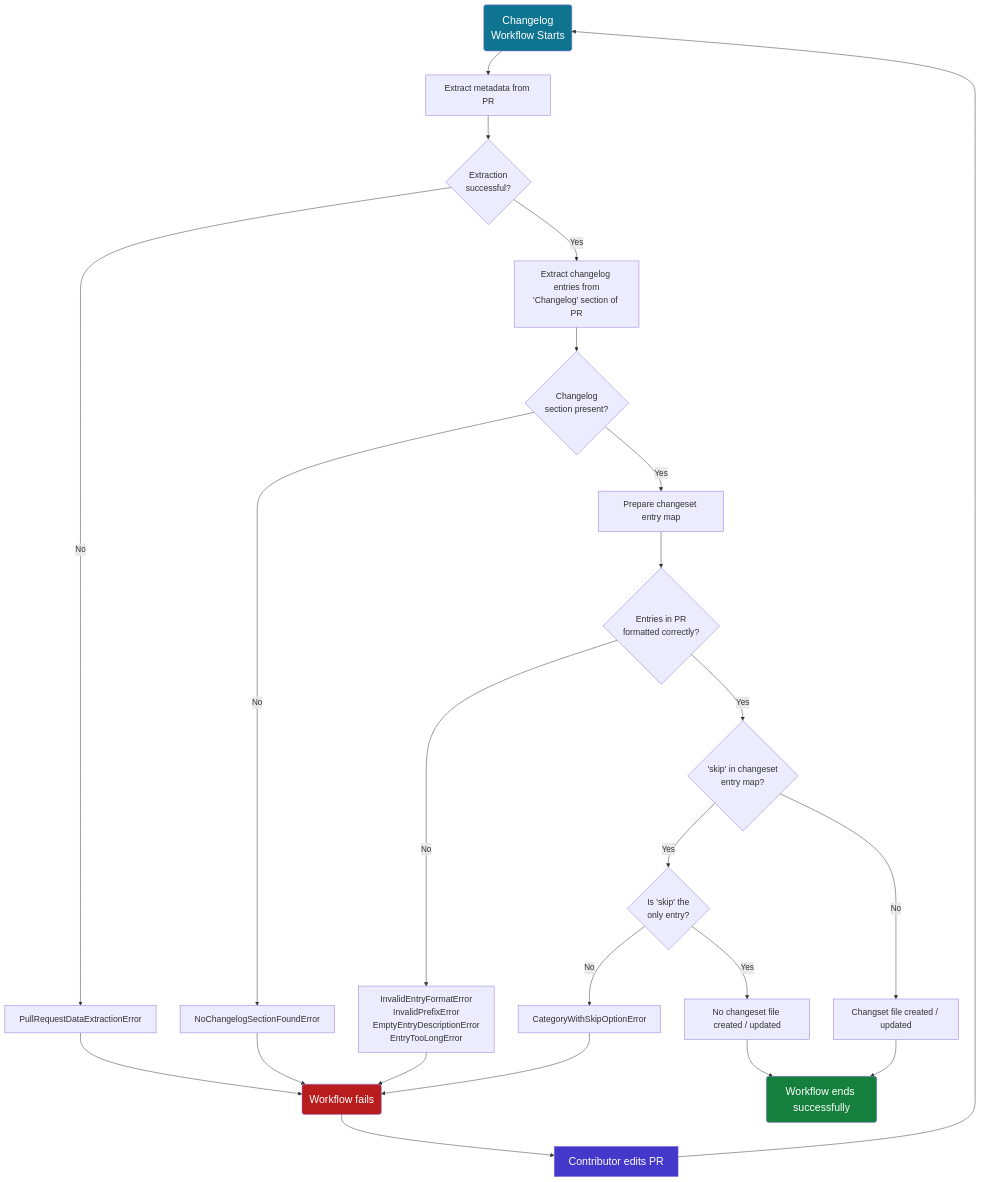
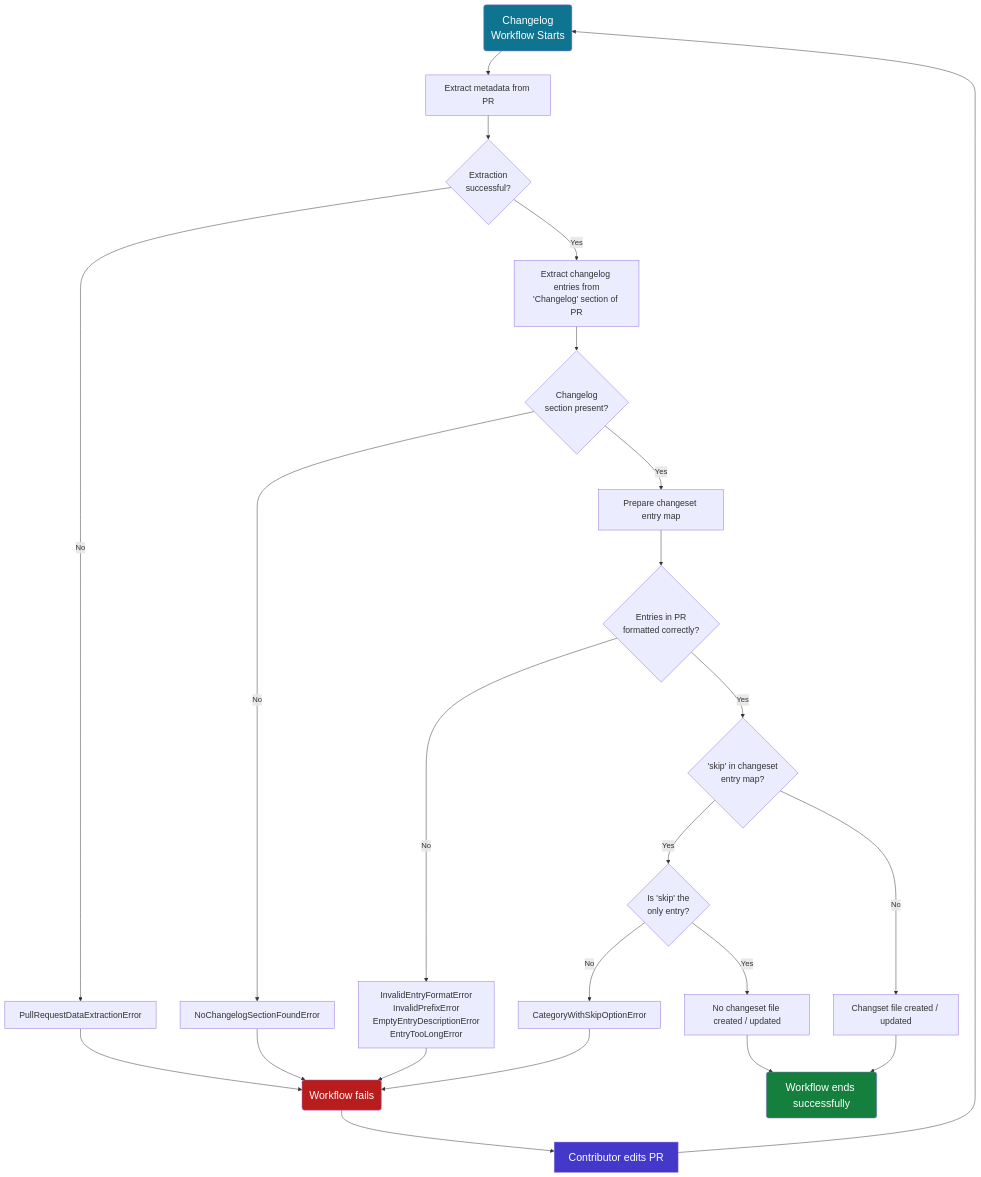
Before and after one commit to ashwin-pc/OpenSearch_Changelog_Workflow: the diagram in README.md, drawn with Mermaid.

Commit message:
update in mermeid flowchart

````diff
--- a/README.md
+++ b/README.md
@@ -114,37 +114,36 @@
 ```mermaid
-%%{init: {'themeVariables': { 'fontSize': '17px' }}}%%
   flowchart TD;
     A(Changelog \nWorkflow Starts) --> B[Extract metadata from PR]
     B --> C{Extraction \nsuccessful?}
     C --> |Yes| G[Extract changelog entries from\n'Changelog' section of PR]
     C --> |No| D[PullRequestDataExtractionError]
     D --> E(Workflow fails)
     E --> F[Contributor edits PR]
     F --> A
     G --> H{Changelog \nsection present?}
     H --> |Yes| J[Prepare changeset entry map]
     J --> J1{Entries in PR \nformatted correctly?}
     H --> |No| I[NoChangelogSectionFoundError]
     I --> E
     J1 --> |Yes| K{'skip' in changeset \n entry map?}
     J1 --> |No| L[InvalidEntryFormatError\nInvalidPrefixError\nEmptyEntryDescriptionError\nEntryTooLongError]
     L --> E
     K --> |Yes| M{Is 'skip' the \nonly entry?}
     K --> |No| N[Changset file created / updated]
     M --> |Yes| O[No changeset file created / updated]
     M --> |No| Q[CategoryWithSkipOptionError]
     Q --> E
     O --> P
     N --> P(Workflow ends successfully)
 
     classDef largeFont font-size:22px;
     classDef mediumFont font-size:18px;
 
     style A fill:#0e7490,color:white
     style E fill:#b91c1c,color:white
     style F fill:#4338ca,color:white
     style P fill:#15803d,color:white
 
     class A,E,F,P largeFont;
     class B,C,D,G,H,I,J,J1,K,L,M,N,O,Q mediumFont;
 ```
````
